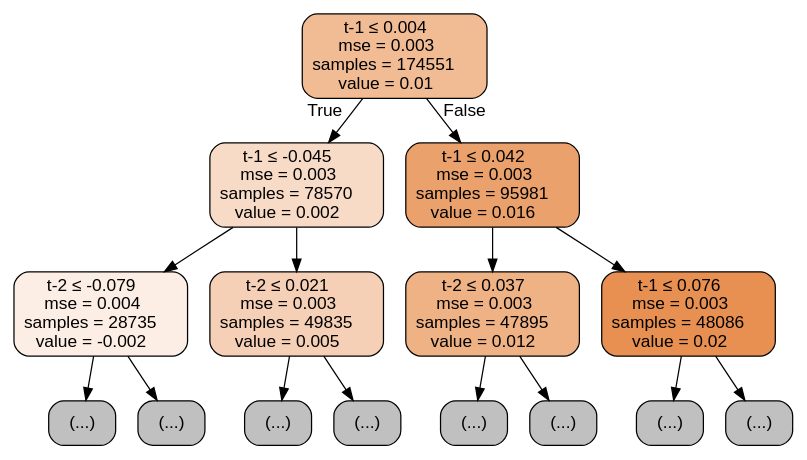
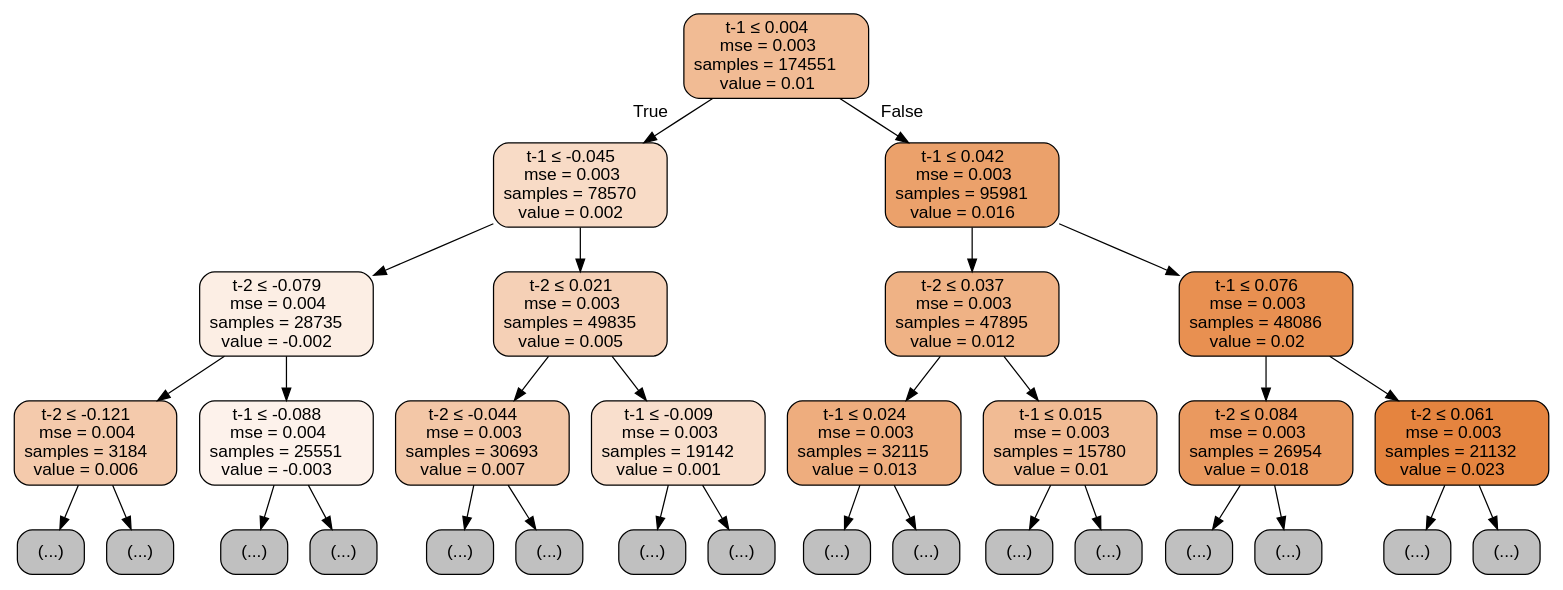
The diagram in 09_decision_trees_random_forests/tree_t2.dot (PaulClas/machine-learning-for-trading), drawn with Graphviz before and after one commit. The commit also changed 37 other files, not shown here.

```diff
--- a/09_decision_trees_random_forests/tree_t2.dot
+++ b/09_decision_trees_random_forests/tree_t2.dot
@@ -1,33 +1,65 @@
 digraph Tree {
 node [shape=box, style="filled, rounded", color="black", fontname=helvetica] ;
 edge [fontname=helvetica] ;
 0 [label=<t-1 &le; 0.004<br/>mse = 0.003<br/>samples = 174551<br/>value = 0.01>, fillcolor="#e5813989"] ;
 1 [label=<t-1 &le; -0.045<br/>mse = 0.003<br/>samples = 78570<br/>value = 0.002>, fillcolor="#e5813949"] ;
 0 -> 1 [labeldistance=2.5, labelangle=45, headlabel="True"] ;
 2 [label=<t-2 &le; -0.079<br/>mse = 0.004<br/>samples = 28735<br/>value = -0.002>, fillcolor="#e5813923"] ;
 1 -> 2 ;
-3 [label="(...)", fillcolor="#C0C0C0"] ;
+3 [label=<t-2 &le; -0.121<br/>mse = 0.004<br/>samples = 3184<br/>value = 0.006>, fillcolor="#e581396b"] ;
 2 -> 3 ;
-6 [label="(...)", fillcolor="#C0C0C0"] ;
+4 [label="(...)", fillcolor="#C0C0C0"] ;
+3 -> 4 ;
+5 [label="(...)", fillcolor="#C0C0C0"] ;
+3 -> 5 ;
+6 [label=<t-1 &le; -0.088<br/>mse = 0.004<br/>samples = 25551<br/>value = -0.003>, fillcolor="#e581391a"] ;
 2 -> 6 ;
+7 [label="(...)", fillcolor="#C0C0C0"] ;
+6 -> 7 ;
+8 [label="(...)", fillcolor="#C0C0C0"] ;
+6 -> 8 ;
 9 [label=<t-2 &le; 0.021<br/>mse = 0.003<br/>samples = 49835<br/>value = 0.005>, fillcolor="#e581395e"] ;
 1 -> 9 ;
-10 [label="(...)", fillcolor="#C0C0C0"] ;
+10 [label=<t-2 &le; -0.044<br/>mse = 0.003<br/>samples = 30693<br/>value = 0.007>, fillcolor="#e5813971"] ;
 9 -> 10 ;
-13 [label="(...)", fillcolor="#C0C0C0"] ;
+11 [label="(...)", fillcolor="#C0C0C0"] ;
+10 -> 11 ;
+12 [label="(...)", fillcolor="#C0C0C0"] ;
+10 -> 12 ;
+13 [label=<t-1 &le; -0.009<br/>mse = 0.003<br/>samples = 19142<br/>value = 0.001>, fillcolor="#e5813940"] ;
 9 -> 13 ;
+14 [label="(...)", fillcolor="#C0C0C0"] ;
+13 -> 14 ;
+15 [label="(...)", fillcolor="#C0C0C0"] ;
+13 -> 15 ;
 16 [label=<t-1 &le; 0.042<br/>mse = 0.003<br/>samples = 95981<br/>value = 0.016>, fillcolor="#e58139be"] ;
 0 -> 16 [labeldistance=2.5, labelangle=-45, headlabel="False"] ;
 17 [label=<t-2 &le; 0.037<br/>mse = 0.003<br/>samples = 47895<br/>value = 0.012>, fillcolor="#e581399c"] ;
 16 -> 17 ;
-18 [label="(...)", fillcolor="#C0C0C0"] ;
+18 [label=<t-1 &le; 0.024<br/>mse = 0.003<br/>samples = 32115<br/>value = 0.013>, fillcolor="#e58139a6"] ;
 17 -> 18 ;
-21 [label="(...)", fillcolor="#C0C0C0"] ;
+19 [label="(...)", fillcolor="#C0C0C0"] ;
+18 -> 19 ;
+20 [label="(...)", fillcolor="#C0C0C0"] ;
+18 -> 20 ;
+21 [label=<t-1 &le; 0.015<br/>mse = 0.003<br/>samples = 15780<br/>value = 0.01>, fillcolor="#e5813989"] ;
 17 -> 21 ;
+22 [label="(...)", fillcolor="#C0C0C0"] ;
+21 -> 22 ;
+23 [label="(...)", fillcolor="#C0C0C0"] ;
+21 -> 23 ;
 24 [label=<t-1 &le; 0.076<br/>mse = 0.003<br/>samples = 48086<br/>value = 0.02>, fillcolor="#e58139e0"] ;
 16 -> 24 ;
-25 [label="(...)", fillcolor="#C0C0C0"] ;
+25 [label=<t-2 &le; 0.084<br/>mse = 0.003<br/>samples = 26954<br/>value = 0.018>, fillcolor="#e58139cd"] ;
 24 -> 25 ;
-28 [label="(...)", fillcolor="#C0C0C0"] ;
+26 [label="(...)", fillcolor="#C0C0C0"] ;
+25 -> 26 ;
+27 [label="(...)", fillcolor="#C0C0C0"] ;
+25 -> 27 ;
+28 [label=<t-2 &le; 0.061<br/>mse = 0.003<br/>samples = 21132<br/>value = 0.023>, fillcolor="#e58139f7"] ;
 24 -> 28 ;
+29 [label="(...)", fillcolor="#C0C0C0"] ;
+28 -> 29 ;
+30 [label="(...)", fillcolor="#C0C0C0"] ;
+28 -> 30 ;
 }
```
